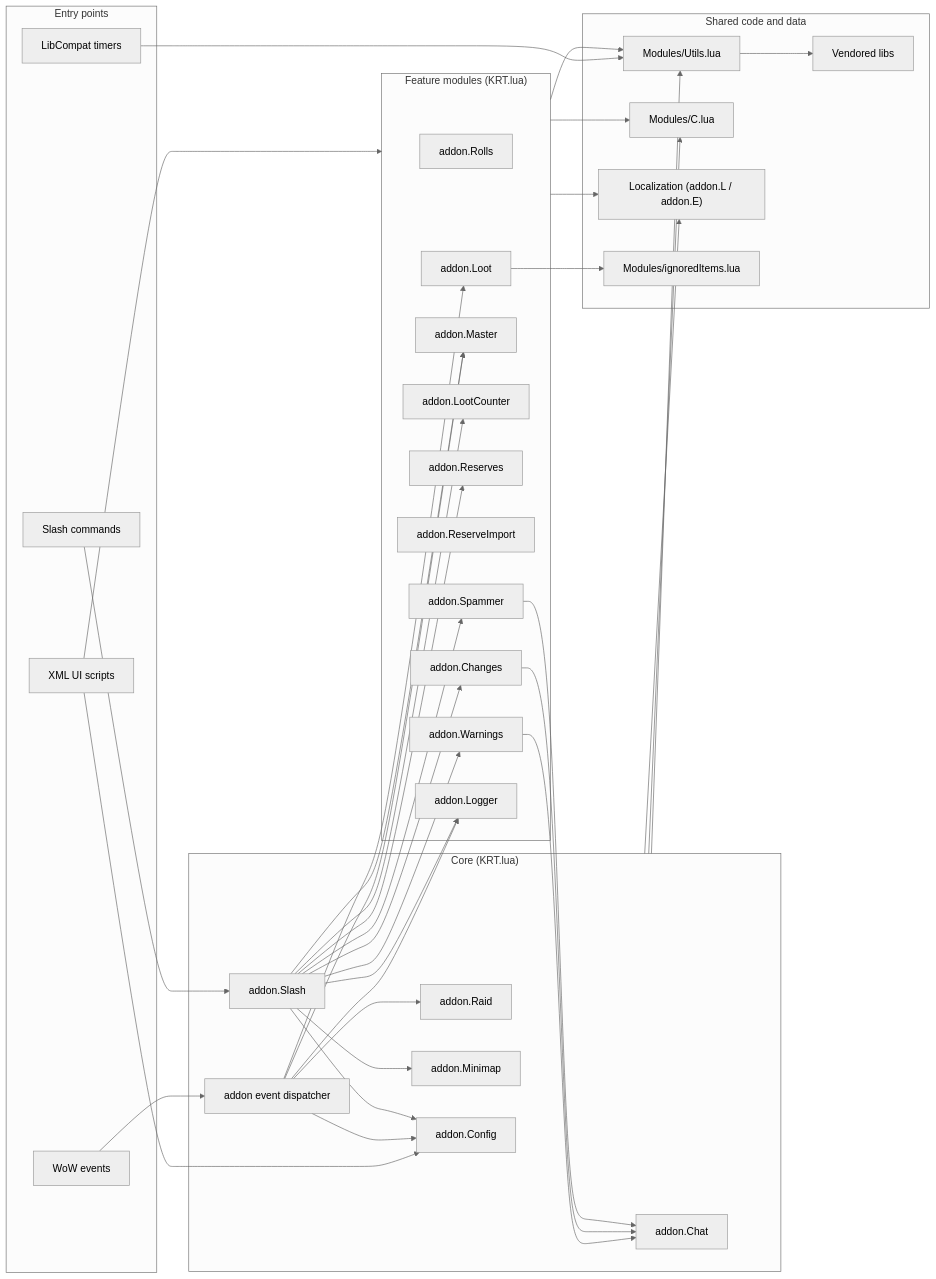
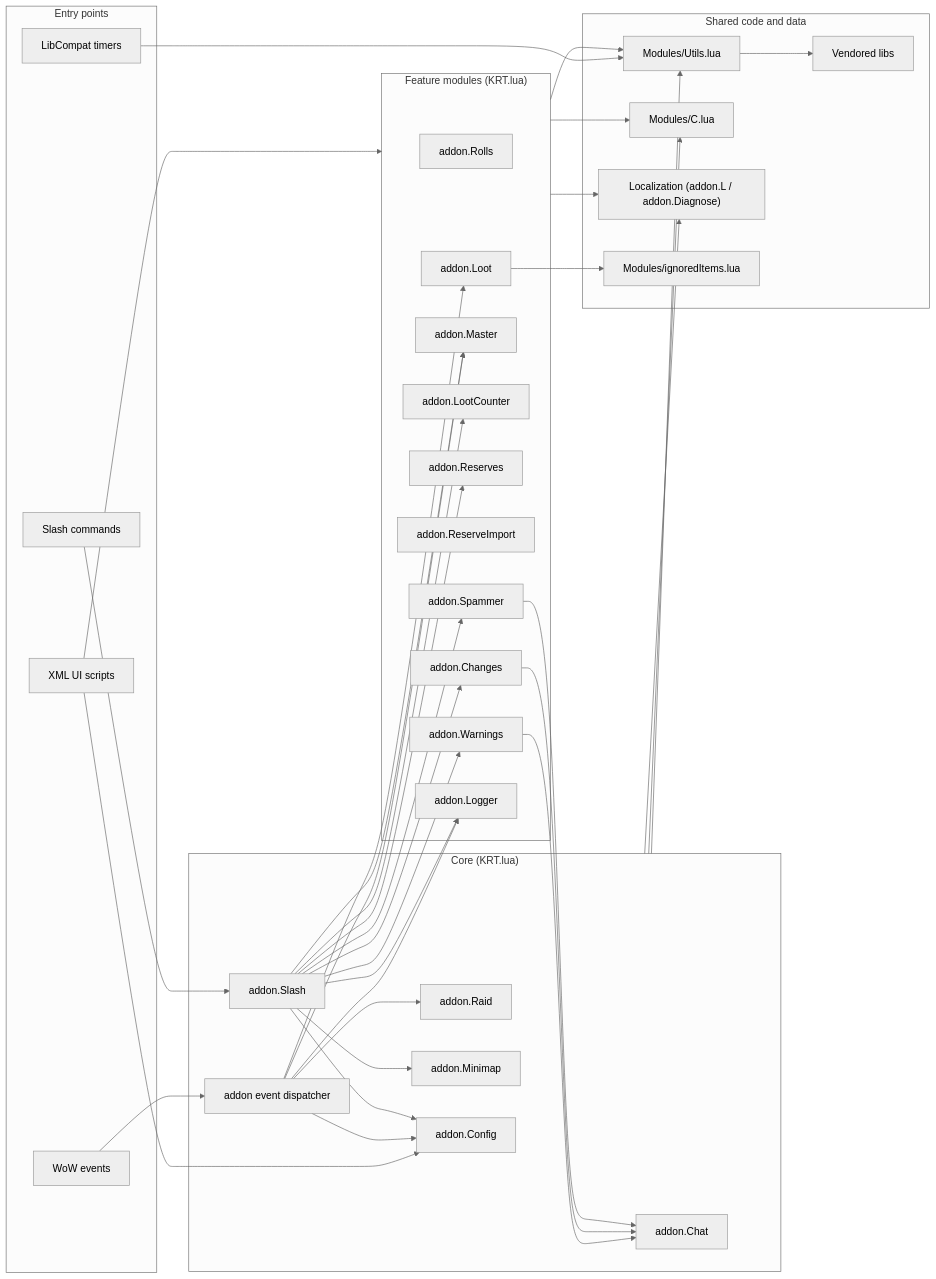
The first of 2 diagrams in OVERVIEW.md (sk1zzovsmx/KRT-improved), drawn with Mermaid (neutral theme) before and after one commit. The commit also changed other lines of this file and 8 other files, not shown here.

````diff
--- a/OVERVIEW.md
+++ b/OVERVIEW.md
@@ -56,74 +56,74 @@
 ```mermaid
 flowchart LR
   subgraph EP["Entry points"]
     WEV["WoW events"]
     XUI["XML UI scripts"]
     SLC["Slash commands"]
     TMR["LibCompat timers"]
   end
 
   subgraph CORE["Core (KRT.lua)"]
     EVT["addon event dispatcher"]
     Slash["addon.Slash"]
     Raid["addon.Raid"]
     Chat["addon.Chat"]
     Minimap["addon.Minimap"]
     Config["addon.Config"]
   end
 
   subgraph FEATURES["Feature modules (KRT.lua)"]
     Rolls["addon.Rolls"]
     Loot["addon.Loot"]
     Master["addon.Master"]
     LootCounter["addon.LootCounter"]
     Reserves["addon.Reserves"]
     ReserveImport["addon.ReserveImport"]
     Warnings["addon.Warnings"]
     Changes["addon.Changes"]
     Spammer["addon.Spammer"]
     Logger["addon.Logger"]
   end
 
   subgraph SHARED["Shared code and data"]
     Utils["Modules/Utils.lua"]
     Cmod["Modules/C.lua"]
-    L10n["Localization (addon.L / addon.E)"]
+    L10n["Localization (addon.L / addon.Diagnose)"]
     Ignored["Modules/ignoredItems.lua"]
     Libs["Vendored libs"]
   end
 
   WEV --> EVT
   XUI --> FEATURES
   XUI --> Config
   SLC --> Slash
   TMR --> Utils
 
   EVT --> Raid
   EVT --> Loot
   EVT --> Master
   EVT --> Logger
   EVT --> Config
 
   Slash --> Master
   Slash --> Reserves
   Slash --> LootCounter
   Slash --> Warnings
   Slash --> Changes
   Slash --> Spammer
   Slash --> Logger
   Slash --> Config
   Slash --> Minimap
 
   Warnings --> Chat
   Changes --> Chat
   Spammer --> Chat
 
   FEATURES --> Utils
   FEATURES --> Cmod
   FEATURES --> L10n
   CORE --> Utils
   CORE --> Cmod
   CORE --> L10n
   Loot --> Ignored
   Utils --> Libs
 ```
````
